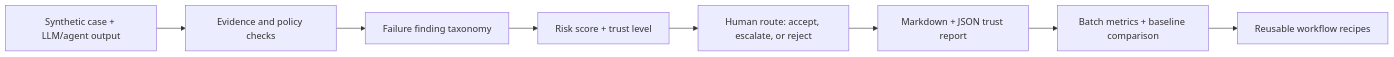
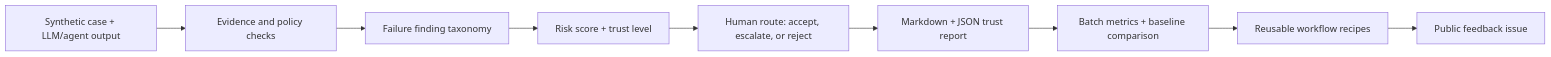
One commit to benben951/agent-trust-lab changed the diagram in README.md. Above: the diagram before and after it, drawn with Mermaid. The commit also changed other lines of this file and 7 other files, not shown here.

Commit message:
docs: link feedback issue from project proof path

````diff
--- a/README.md
+++ b/README.md
@@ -27,10 +28,11 @@
 ```mermaid
 flowchart LR
     A["Synthetic case + LLM/agent output"] --> B["Evidence and policy checks"]
     B --> C["Failure finding taxonomy"]
     C --> D["Risk score + trust level"]
     D --> E["Human route: accept, escalate, or reject"]
     E --> F["Markdown + JSON trust report"]
     F --> G["Batch metrics + baseline comparison"]
     G --> H["Reusable workflow recipes"]
+    H --> I["Public feedback issue"]
 ```
````
